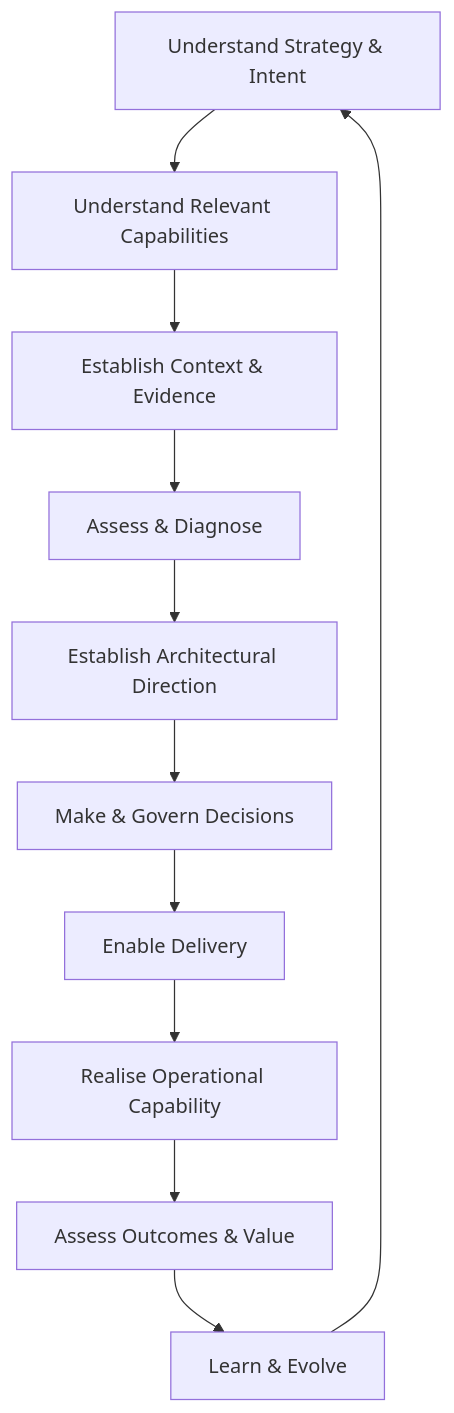
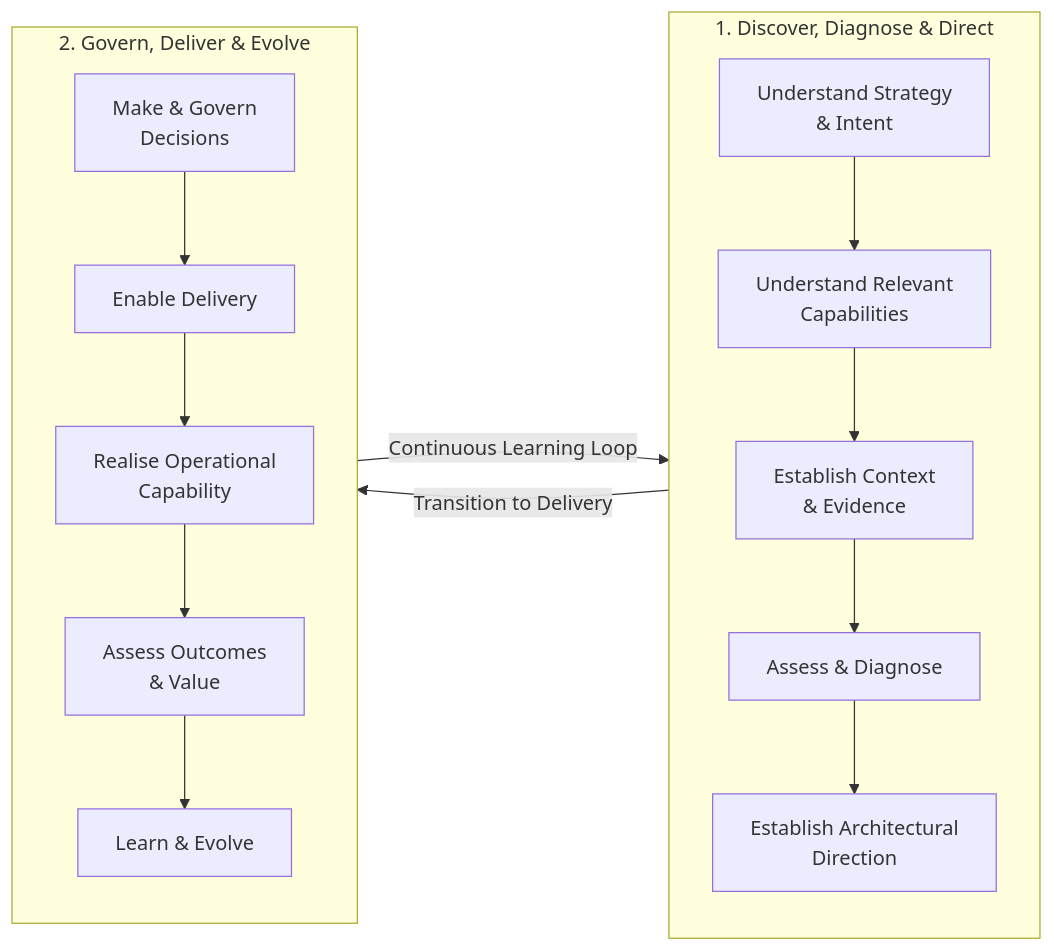
Before and after one commit to avfranco-br/portfolio: the ninth of 11 diagrams in docs/sop/index.md, drawn with Mermaid. The commit also changed other lines of this file and 9 other files, not shown here.

Commit message:
[Spec Kit] Refactor Mermaid diagrams for legibility and add responsive container styling

````diff
--- a/docs/sop/index.md
+++ b/docs/sop/index.md
@@ -667,23 +672,21 @@
 ```mermaid
-flowchart TD
-    S["Understand Strategy & Intent"]
-    C["Understand Relevant Capabilities"]
-    E["Establish Context & Evidence"]
-    A["Assess & Diagnose"]
-    T["Establish Architectural Direction"]
-    D["Make & Govern Decisions"]
-    I["Enable Delivery"]
-    O["Realise Operational Capability"]
-    V["Assess Outcomes & Value"]
-    L["Learn & Evolve"]
-    S --> C
-    C --> E
-    E --> A
-    A --> T
-    T --> D
-    D --> I
-    I --> O
-    O --> V
-    V --> L
-    L --> S
+flowchart LR
+    subgraph Phase1["1. Discover, Diagnose & Direct"]
+        direction TB
+        S["Understand Strategy<br/>& Intent"] --> C["Understand Relevant<br/>Capabilities"]
+        C --> E["Establish Context<br/>& Evidence"]
+        E --> A["Assess & Diagnose"]
+        A --> T["Establish Architectural<br/>Direction"]
+    end
+
+    subgraph Phase2["2. Govern, Deliver & Evolve"]
+        direction TB
+        D["Make & Govern<br/>Decisions"] --> I["Enable Delivery"]
+        I --> O["Realise Operational<br/>Capability"]
+        O --> V["Assess Outcomes<br/>& Value"]
+        V --> L["Learn & Evolve"]
+    end
+
+    T -->|"Transition to Delivery"| D
+    L -->|"Continuous Learning Loop"| S
 ```
````
